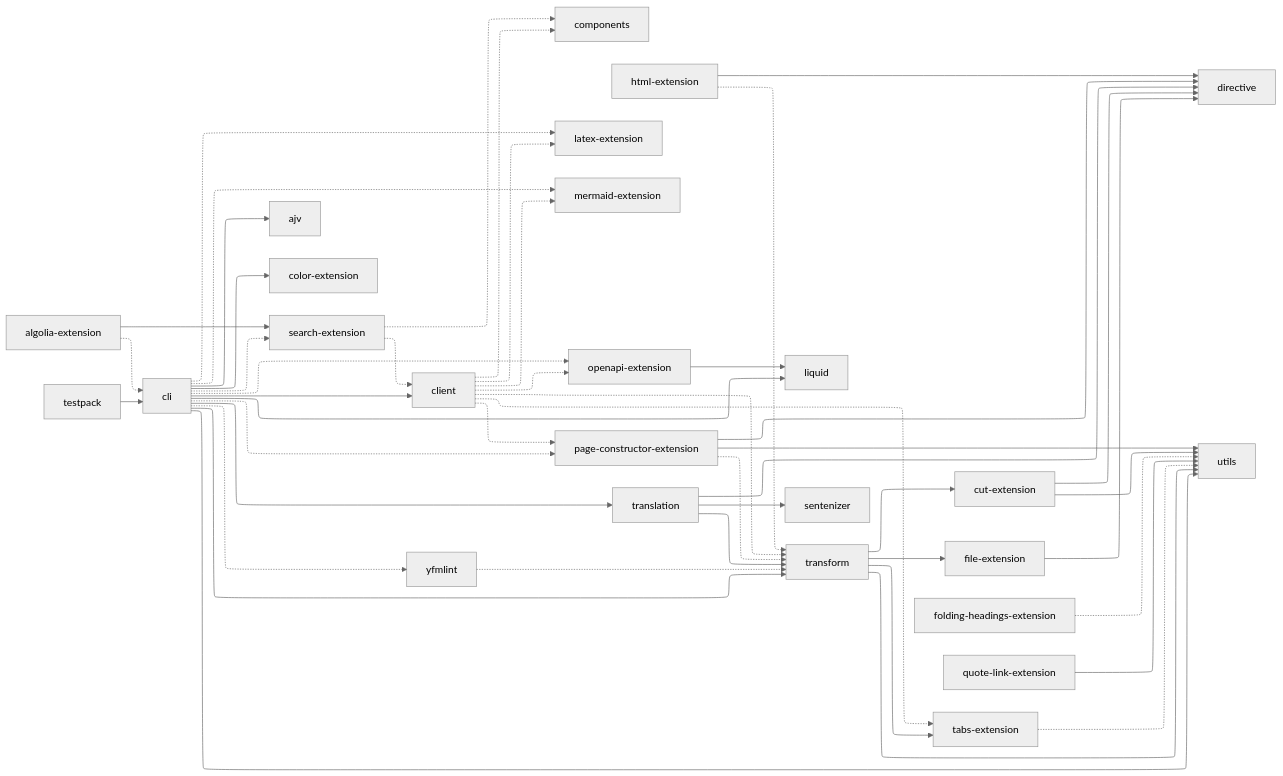
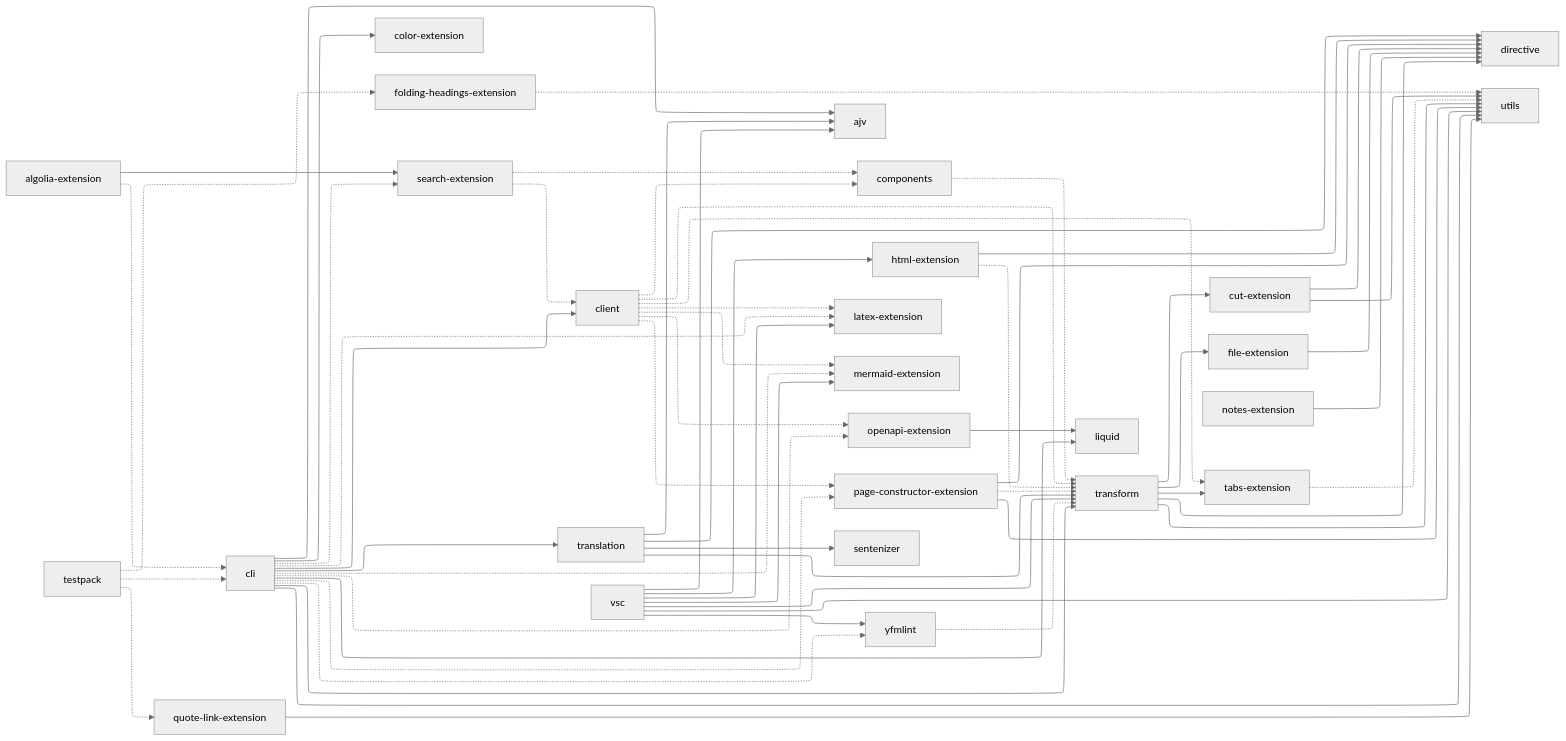
One commit to diplodoc-platform/diplodoc changed the diagram in PULSE.md. Above: the diagram before and after it, drawn with Mermaid (neutral theme). The commit also changed other lines of this file and 6 other files, not shown here.

Commit message:
chore: register Notes extension in the metapackage

````diff
--- a/PULSE.md
+++ b/PULSE.md
@@ -90,6 +91,7 @@
   latex-extension["latex-extension"]
   liquid["liquid"]
   mermaid-extension["mermaid-extension"]
+  notes-extension["notes-extension"]
   openapi-extension["openapi-extension"]
   page-constructor-extension["page-constructor-extension"]
   quote-link-extension["quote-link-extension"]
@@ -100,6 +102,7 @@
   transform["transform"]
   translation["translation"]
   utils["utils"]
+  vsc["vsc"]
   yfmlint["yfmlint"]
   algolia-extension -.-> cli
   algolia-extension --> search-extension
@@ -123,12 +126,14 @@
   client -.-> page-constructor-extension
   client -.-> tabs-extension
   client -.-> transform
+  components -.-> transform
   cut-extension --> directive
   cut-extension --> utils
   file-extension --> directive
   folding-headings-extension -.-> utils
   html-extension --> directive
   html-extension -.-> transform
+  notes-extension --> directive
   openapi-extension --> liquid
   page-constructor-extension --> directive
   page-constructor-extension -.-> transform
@@ -137,14 +142,25 @@
   search-extension -.-> client
   search-extension -.-> components
   tabs-extension -.-> utils
-  testpack --> cli
+  testpack -.-> cli
+  testpack -.-> folding-headings-extension
+  testpack -.-> quote-link-extension
   transform --> cut-extension
+  transform --> directive
   transform --> file-extension
   transform --> tabs-extension
   transform --> utils
+  translation --> ajv
   translation --> directive
   translation --> sentenizer
   translation --> transform
+  vsc --> ajv
+  vsc --> html-extension
+  vsc --> latex-extension
+  vsc --> mermaid-extension
+  vsc --> transform
+  vsc --> utils
+  vsc --> yfmlint
   yfmlint -.-> transform
   click ajv href "https://github.com/diplodoc-platform/ajv"
   click algolia-extension href "https://github.com/diplodoc-platform/algolia-extension"
@@ -160,6 +176,7 @@
   click latex-extension href "https://github.com/diplodoc-platform/latex-extension"
   click liquid href "https://github.com/diplodoc-platform/liquid"
   click mermaid-extension href "https://github.com/diplodoc-platform/mermaid-extension"
+  click notes-extension href "https://github.com/diplodoc-platform/notes-extension"
   click openapi-extension href "https://github.com/diplodoc-platform/openapi-extension"
   click page-constructor-extension href "https://github.com/diplodoc-platform/page-constructor-extension"
   click quote-link-extension href "https://github.com/diplodoc-platform/quote-link-extension"
@@ -170,5 +187,6 @@
   click transform href "https://github.com/diplodoc-platform/transform"
   click translation href "https://github.com/diplodoc-platform/translation"
   click utils href "https://github.com/diplodoc-platform/utils"
+  click vsc href "https://github.com/diplodoc-platform/vsc"
   click yfmlint href "https://github.com/diplodoc-platform/yfmlint"
 ```
````
